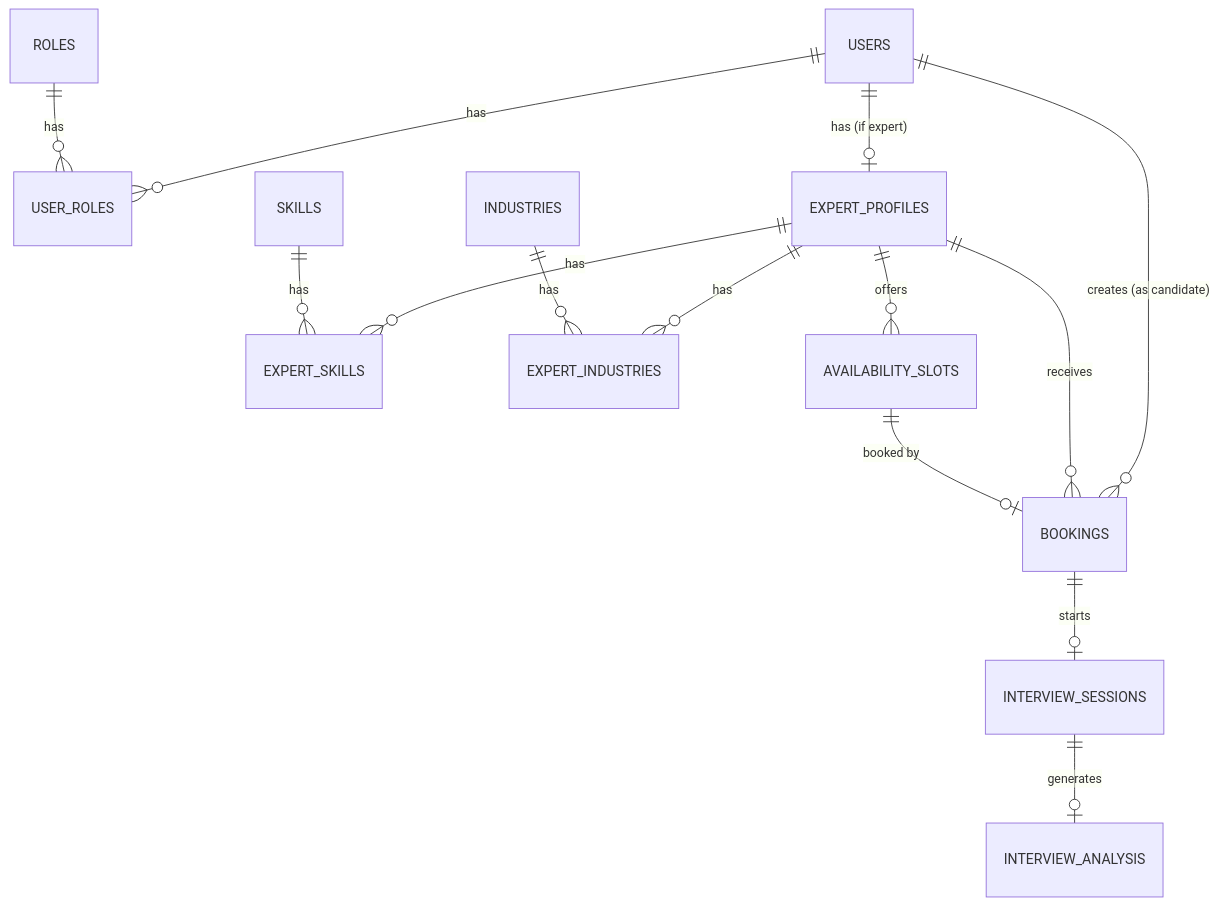
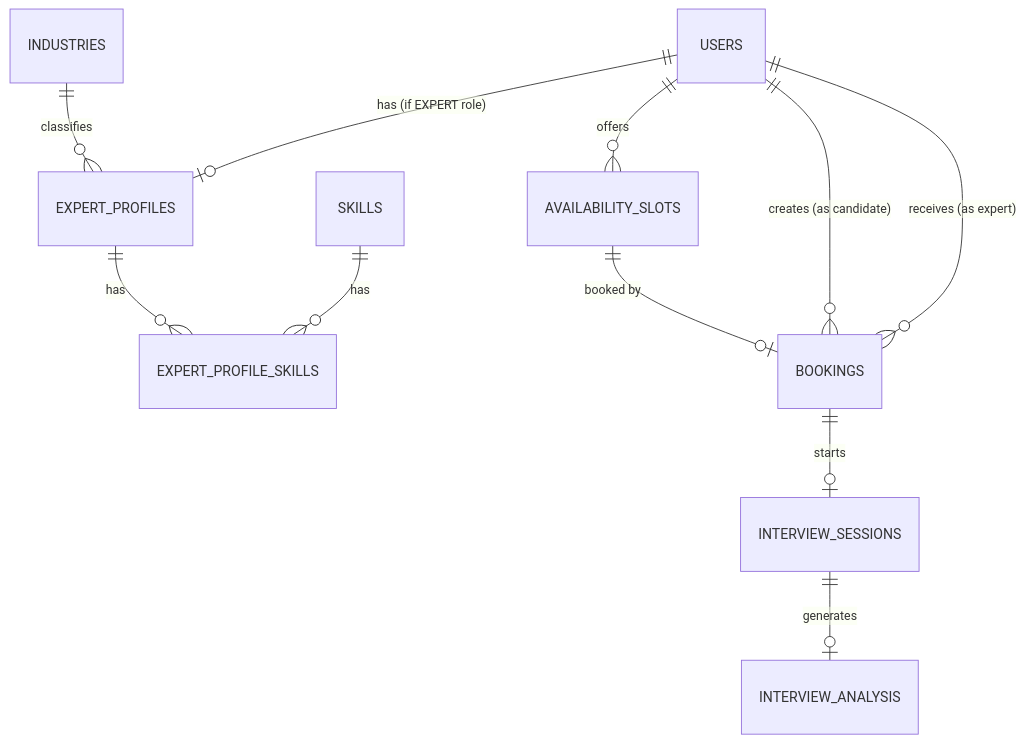
Before and after one commit to Ulwus/Internview: the second of 3 diagrams in docs/domain-model.md, drawn with Mermaid. The commit also changed other lines of this file, not shown here.

Commit message:
docs(domain-model): kodla uyumlu hale getir (UserRole enum, ExpertProfile alanlari, UUID id, scheduledStart/End, planlanan entity isaretleri)

````diff
--- a/docs/domain-model.md
+++ b/docs/domain-model.md
@@ -198,16 +204,13 @@
 ```mermaid
 erDiagram
-    USERS ||--o{ USER_ROLES : has
-    ROLES ||--o{ USER_ROLES : has
-    USERS ||--o| EXPERT_PROFILES : "has (if expert)"
-    EXPERT_PROFILES ||--o{ EXPERT_SKILLS : has
-    SKILLS ||--o{ EXPERT_SKILLS : has
-    EXPERT_PROFILES ||--o{ EXPERT_INDUSTRIES : has
-    INDUSTRIES ||--o{ EXPERT_INDUSTRIES : has
-    EXPERT_PROFILES ||--o{ AVAILABILITY_SLOTS : offers
+    USERS ||--o| EXPERT_PROFILES : "has (if EXPERT role)"
+    INDUSTRIES ||--o{ EXPERT_PROFILES : classifies
+    EXPERT_PROFILES ||--o{ EXPERT_PROFILE_SKILLS : has
+    SKILLS ||--o{ EXPERT_PROFILE_SKILLS : has
+    USERS ||--o{ AVAILABILITY_SLOTS : offers
     USERS ||--o{ BOOKINGS : "creates (as candidate)"
-    EXPERT_PROFILES ||--o{ BOOKINGS : "receives"
+    USERS ||--o{ BOOKINGS : "receives (as expert)"
     AVAILABILITY_SLOTS ||--o| BOOKINGS : "booked by"
     BOOKINGS ||--o| INTERVIEW_SESSIONS : starts
     INTERVIEW_SESSIONS ||--o| INTERVIEW_ANALYSIS : generates
 ```
````
